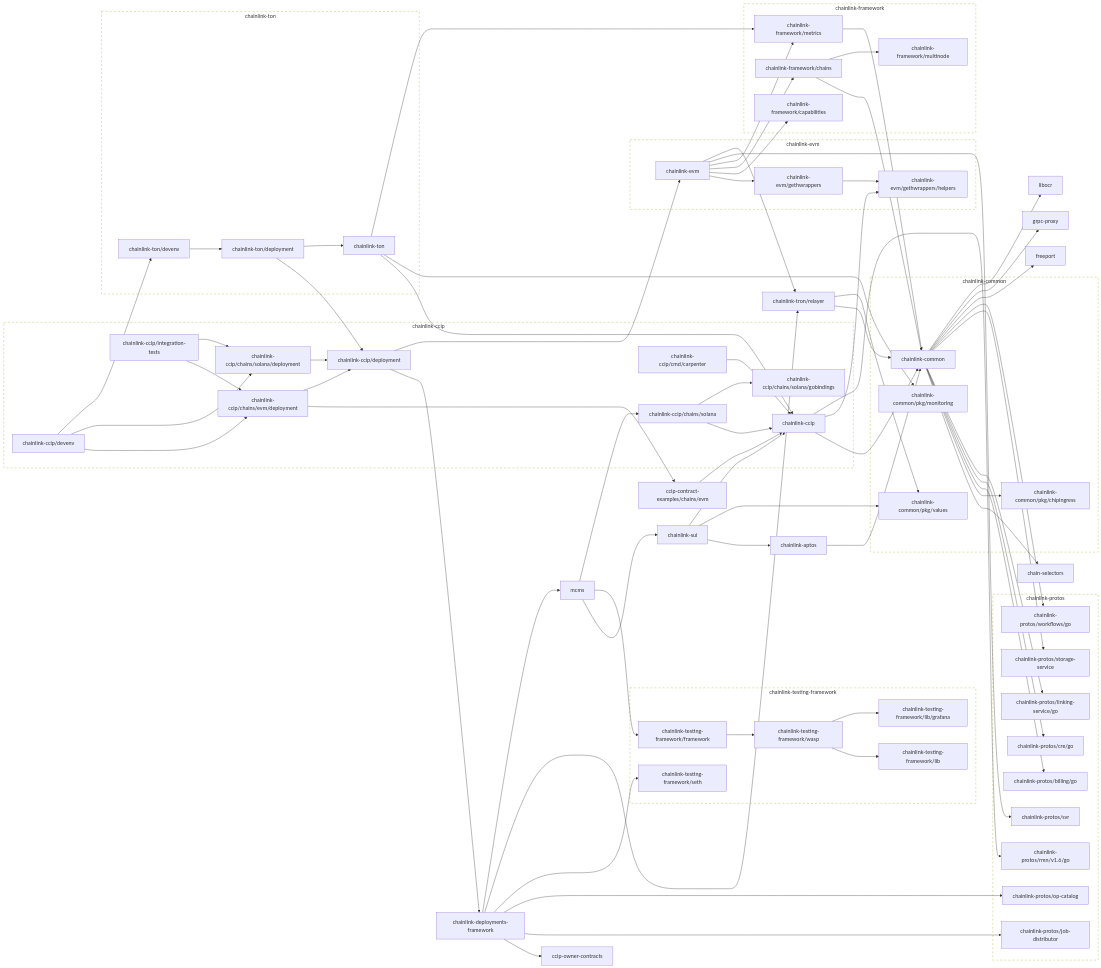
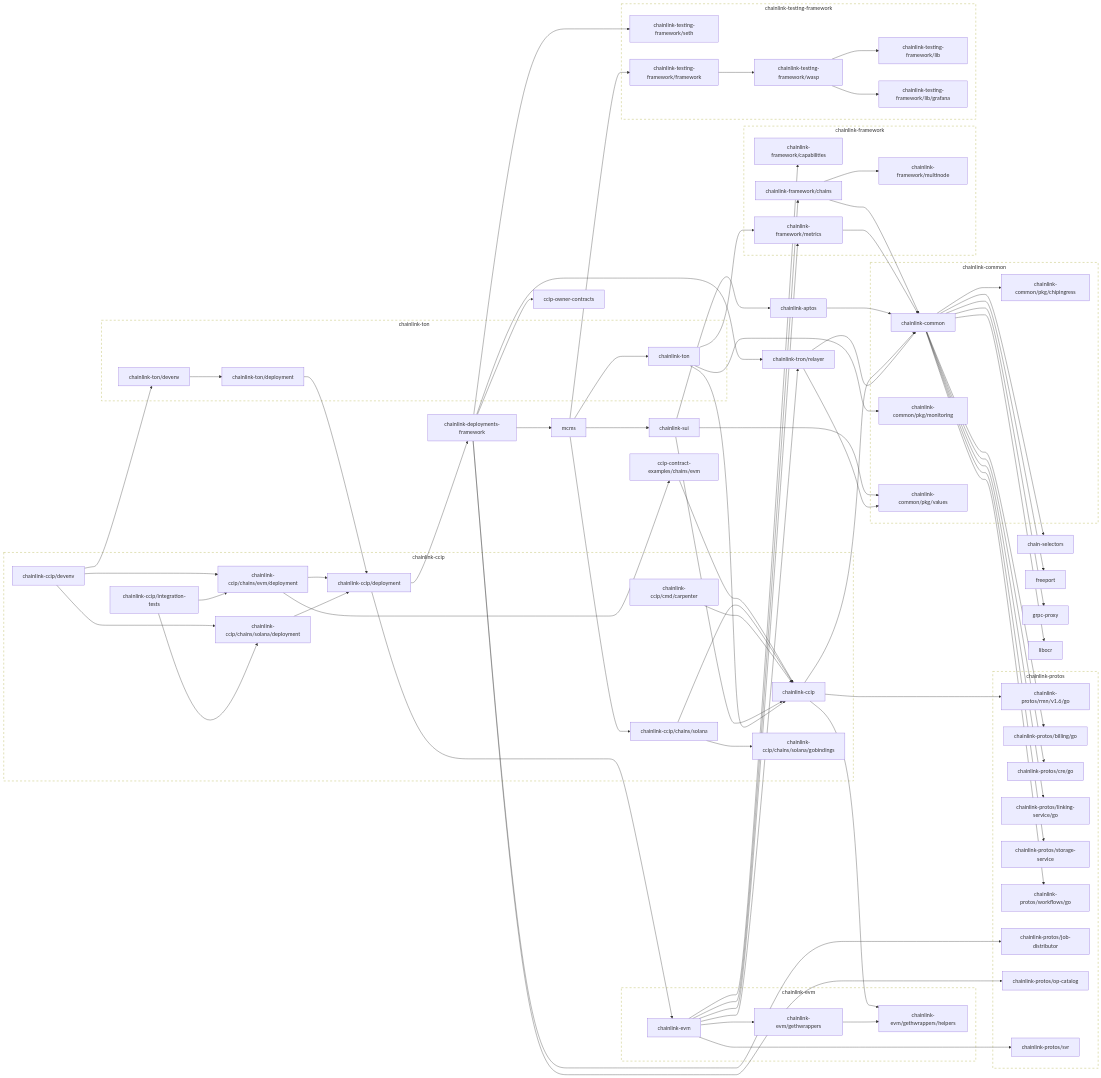
The second of 2 diagrams in go.md (smartcontractkit/chainlink-ccip), drawn with Mermaid before and after one commit. The commit also changed 3 other files, not shown here.

```diff
--- a/go.md
+++ b/go.md
@@ -182,7 +182,6 @@
 	chainlink-ton --> chainlink-framework/metrics
 	click chainlink-ton href "https://github.com/smartcontractkit/chainlink-ton"
 	chainlink-ton/deployment --> chainlink-ccip/deployment
-	chainlink-ton/deployment --> chainlink-ton
 	click chainlink-ton/deployment href "https://github.com/smartcontractkit/chainlink-ton"
 	chainlink-ton/devenv --> chainlink-ton/deployment
 	click chainlink-ton/devenv href "https://github.com/smartcontractkit/chainlink-ton"
@@ -198,6 +197,7 @@
 	mcms --> chainlink-ccip/chains/solana
 	mcms --> chainlink-sui
 	mcms --> chainlink-testing-framework/framework
+	mcms --> chainlink-ton
 	click mcms href "https://github.com/smartcontractkit/mcms"
 
 	subgraph chainlink-ccip-repo[chainlink-ccip]
```
